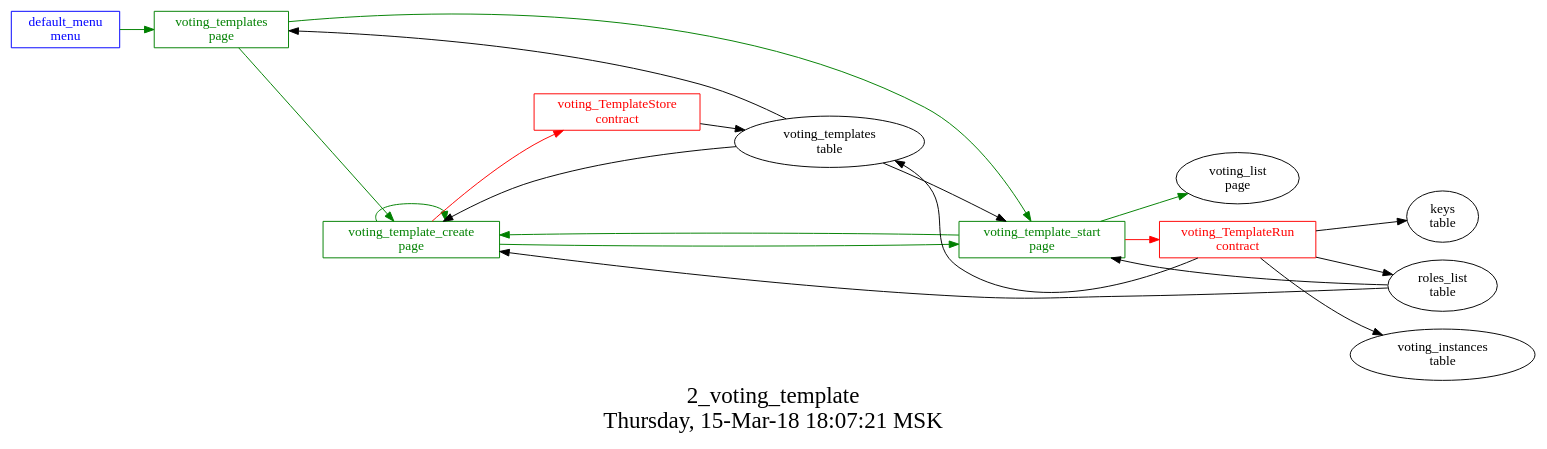
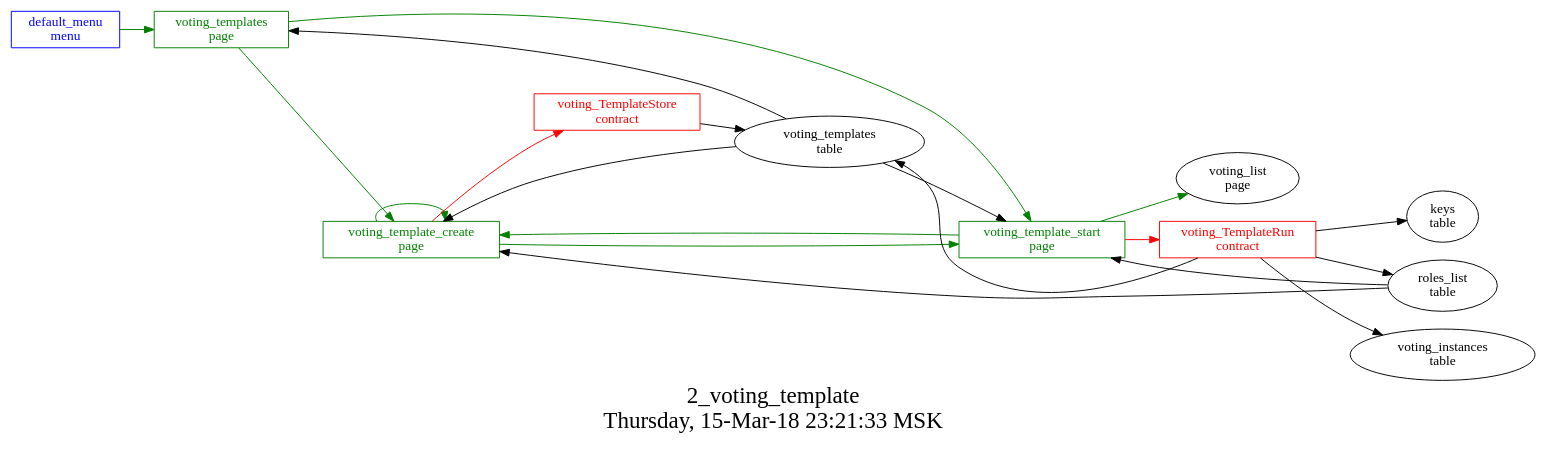
Before and after one commit to AplaProject/apps: the diagram in src/basic/basic_main/2_voting_templates/struct.dot, drawn with Graphviz. The commit also changed 9 other files, not shown here.

```diff
--- a/src/basic/basic_main/2_voting_templates/struct.dot
+++ b/src/basic/basic_main/2_voting_templates/struct.dot
@@ -1,36 +1,36 @@
 digraph G {
 graph [
   fontsize="24";
-  label="2_voting_template\nThursday, 15-Mar-18 18:07:21 MSK";
+  label="2_voting_template\nThursday, 15-Mar-18 23:21:33 MSK";
   nojustify=true;
   ordering=out;
   rankdir=LR;
   size="30";
 ];
 "default_menu\nmenu" -> "voting_templates\npage"  [ color=green ]
 "default_menu\nmenu" [color=blue, fontcolor=blue, group=menus, shape=record];
 "voting_template_create\npage" -> "voting_TemplateStore\ncontract"  [ color=red ]
 "voting_templates\ntable" -> "voting_template_create\npage"  [ color="" ]
 "roles_list\ntable" -> "voting_template_create\npage"  [ color="" ]
 "voting_template_create\npage" -> "voting_template_create\npage"  [ color=green ]
 "voting_template_create\npage" -> "voting_template_start\npage"  [ color=green ]
 "voting_template_create\npage" [color=green, fontcolor=green, group=pages, shape=record];
 "voting_template_start\npage" -> "voting_TemplateRun\ncontract"  [ color=red ]
 "voting_templates\ntable" -> "voting_template_start\npage"  [ color="" ]
 "roles_list\ntable" -> "voting_template_start\npage"  [ color="" ]
 "voting_template_start\npage" -> "voting_template_create\npage"  [ color=green ]
 "voting_template_start\npage" -> "voting_list\npage"  [ color=green ]
 "voting_template_start\npage" [color=green, fontcolor=green, group=pages, shape=record];
 "voting_templates\ntable" -> "voting_templates\npage"  [ color="" ]
 "voting_templates\npage" -> "voting_template_start\npage"  [ color=green ]
 "voting_templates\npage" -> "voting_template_create\npage"  [ color=green ]
 "voting_templates\npage" [color=green, fontcolor=green, group=pages, shape=record];
 "voting_TemplateRun\ncontract" -> "voting_templates\ntable"  [ color="" ]
 "voting_TemplateRun\ncontract" -> "keys\ntable"  [ color="" ]
 "voting_TemplateRun\ncontract" -> "roles_list\ntable"  [ color="" ]
 "voting_TemplateRun\ncontract" -> "voting_instances\ntable"  [ color="" ]
 "voting_TemplateRun\ncontract" [color=red, fontcolor=red, group=contracts, shape=record];
 "voting_TemplateStore\ncontract" -> "voting_templates\ntable"  [ color="" ]
 "voting_TemplateStore\ncontract" [color=red, fontcolor=red, group=contracts, shape=record];
 "voting_templates\ntable" [color="", fontcolor="", group=tables, shape=""];
 }
```
